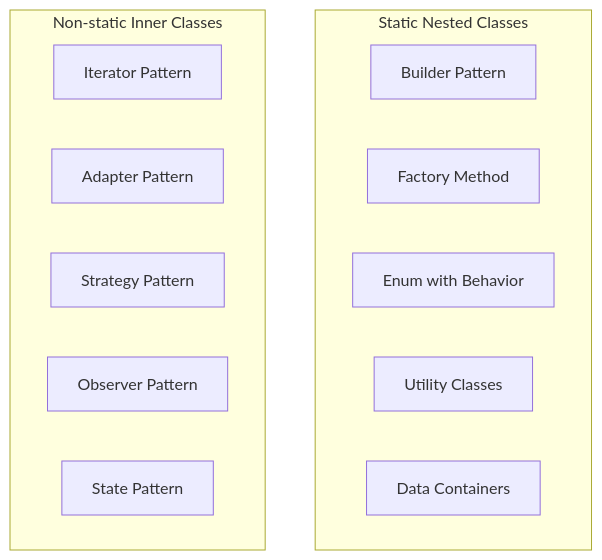
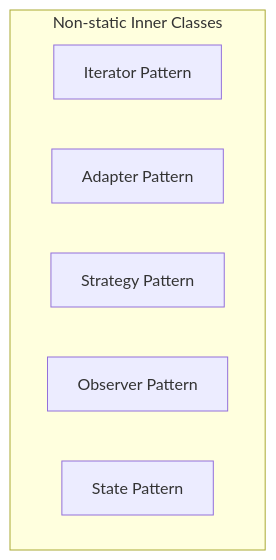
One commit to eellpp/pubScratchpad changed the second of 2 diagrams in Tech/programming/java/javaDesignPatterns/nested_class/nested_class_patterns.md. Above: the diagram before and after it, drawn with Mermaid. The commit also changed other lines of this file, not shown here.

````diff
--- a/Tech/programming/java/javaDesignPatterns/nested_class/nested_class_patterns.md
+++ b/Tech/programming/java/javaDesignPatterns/nested_class/nested_class_patterns.md
@@ -124,18 +12,11 @@
 ```mermaid
 graph TD
-     subgraph Static Nested Classes
-       A[Builder Pattern]
-       B[Factory Method]
-       C[Enum with Behavior]
-       D[Utility Classes]
-       E[Data Containers]
-     end
-     subgraph Non-static Inner Classes
+          subgraph Non-static Inner Classes
        F[Iterator Pattern]
        G[Adapter Pattern]
        H[Strategy Pattern]
        I[Observer Pattern]
        J[State Pattern]
      end
    
 ```
````
